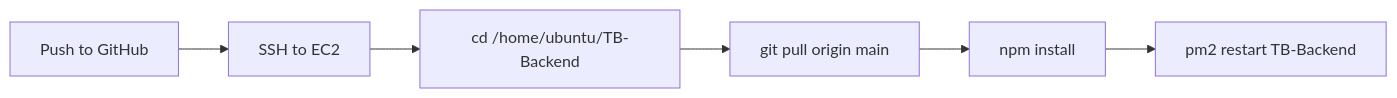
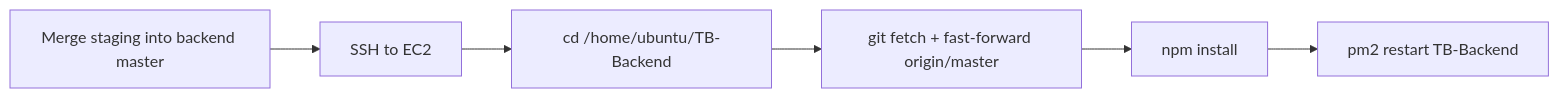
Before and after one commit to wbaxterh/TrickBookDocs: the second of 2 diagrams in docs/deployment/infrastructure.md, drawn with Mermaid. The commit also changed other lines of this file and 5 other files, not shown here.

````diff
--- a/docs/deployment/infrastructure.md
+++ b/docs/deployment/infrastructure.md
@@ -166,8 +166,8 @@
 ```mermaid
 flowchart LR
-    A[Push to GitHub] --> B[SSH to EC2]
+    A[Merge staging into backend master] --> B[SSH to EC2]
     B --> C[cd /home/ubuntu/TB-Backend]
-    C --> D[git pull origin main]
+    C --> D[git fetch + fast-forward origin/master]
     D --> E[npm install]
     E --> F[pm2 restart TB-Backend]
 ```
````
